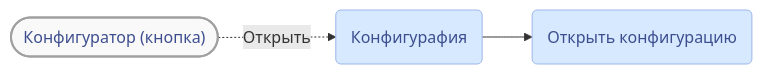
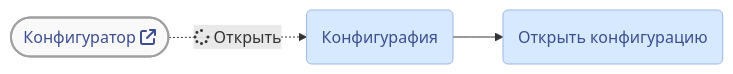
The second of 3 diagrams in faq/crash/main-white-window.md (lugovoe/manual), drawn with Mermaid before and after one commit. The commit also changed other lines of this file, not shown here.

````diff
--- a/faq/crash/main-white-window.md
+++ b/faq/crash/main-white-window.md
@@ -33,9 +33,9 @@
 ``` mermaid
 flowchart LR
-  b1(["Конфигуратор (кнопка)"]) -. Открыть .-> m1;
+  b1(["Конфигуратор fa:fa-external-link"]) -. fa:fa-spinner Открыть .-> m1;
   m1(Конфигурафия) --> m2;
   m2(Открыть конфигурацию);
   classDef default fill:#d6e9ff,stroke:#9eb6e9,stroke-width:1px,color:#3d4e8f;
-  classDef button fill:#f9f9f9,stroke:#a0a0a0,stroke-width:2px:color:green;
+  classDef button fill:#f9f9f9,stroke:#a0a0a0,stroke-width:2px:color:#ff0000;
   class b1 button;
 ```
````
